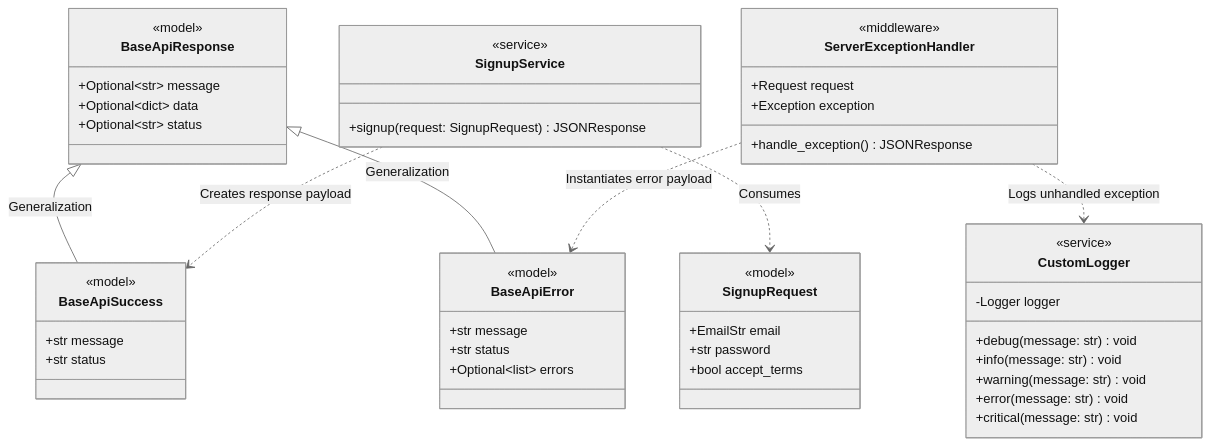
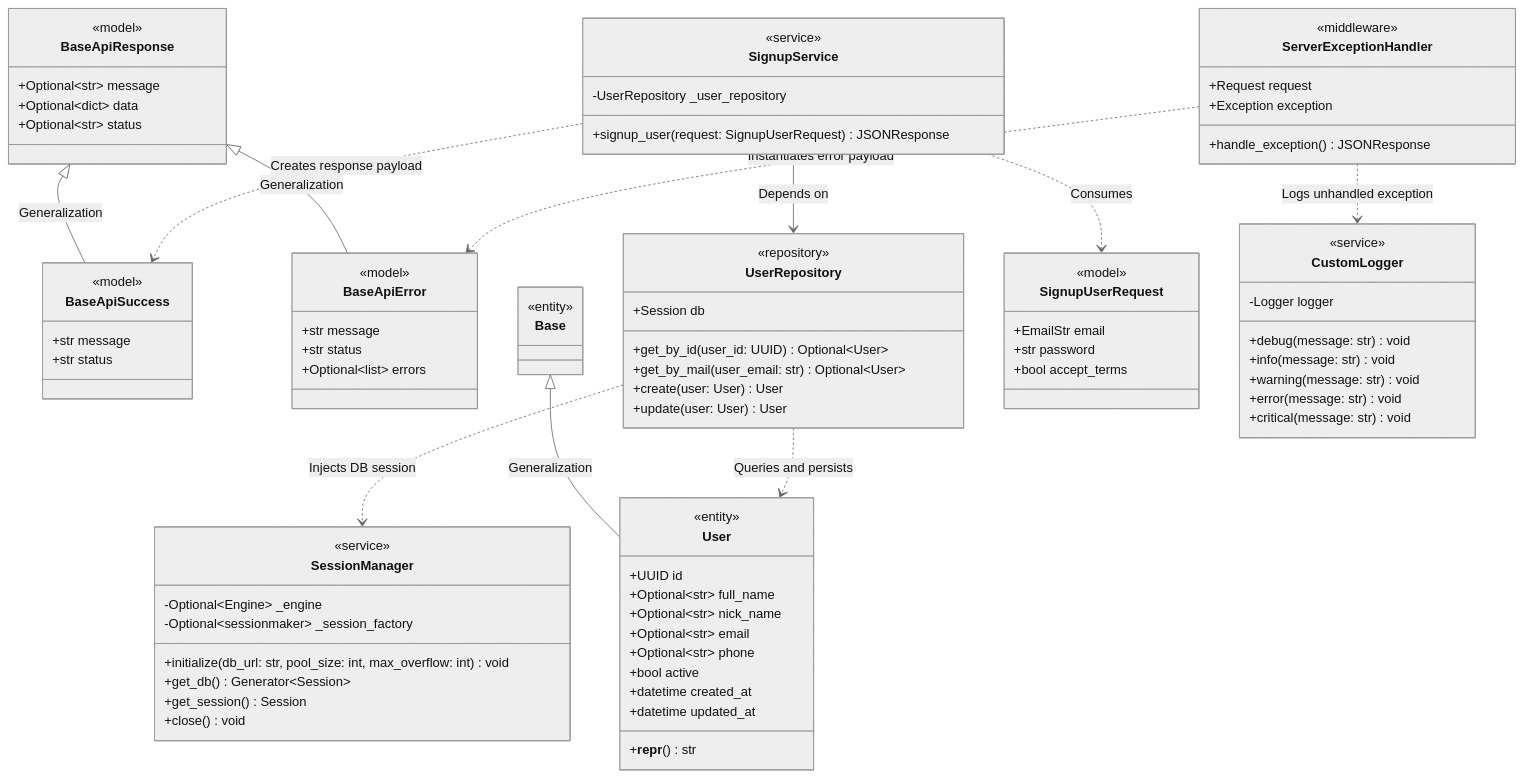
The diagram in Documentation/config/docs/backend/domain/auth.md (pedrovtof/Nievo-Sofia), drawn with Mermaid (neutral theme) before and after one commit. The commit also changed other lines of this file and 33 other files, not shown here.

First line of the commit message:
feat(auth): add database session manager, user entity, and repository

````diff
--- a/Documentation/config/docs/backend/domain/auth.md
+++ b/Documentation/config/docs/backend/domain/auth.md
@@ -33,7 +33,43 @@
         +Optional~list~ errors
     }
 
-    class SignupRequest {
+    class Base {
+        <<entity>>
+    }
+
+    class User {
+        <<entity>>
+        +UUID id
+        +Optional~str~ full_name
+        +Optional~str~ nick_name
+        +Optional~str~ email
+        +Optional~str~ phone
+        +bool active
+        +datetime created_at
+        +datetime updated_at
+        +__repr__() str
+    }
+
+    class SessionManager {
+        <<service>>
+        -Optional~Engine~ _engine
+        -Optional~sessionmaker~ _session_factory
+        +initialize(db_url: str, pool_size: int, max_overflow: int) void
+        +get_db() Generator~Session~
+        +get_session() Session
+        +close() void
+    }
+
+    class UserRepository {
+        <<repository>>
+        +Session db
+        +get_by_id(user_id: UUID) Optional~User~
+        +get_by_mail(user_email: str) Optional~User~
+        +create(user: User) User
+        +update(user: User) User
+    }
+
+    class SignupUserRequest {
         <<model>>
         +EmailStr email
         +str password
@@ -42,7 +78,8 @@
 
     class SignupService {
         <<service>>
-        +signup(request: SignupRequest) JSONResponse
+        -UserRepository _user_repository
+        +signup_user(request: SignupUserRequest) JSONResponse
     }
 
     class CustomLogger {
@@ -64,8 +101,12 @@
 
     BaseApiResponse <|-- BaseApiSuccess : Generalization
     BaseApiResponse <|-- BaseApiError : Generalization
-    SignupService ..> SignupRequest : Consumes
+    Base <|-- User : Generalization
+    SignupService --> UserRepository : Depends on
+    SignupService ..> SignupUserRequest : Consumes
     SignupService ..> BaseApiSuccess : Creates response payload
+    UserRepository ..> SessionManager : Injects DB session
+    UserRepository ..> User : Queries and persists
     ServerExceptionHandler ..> BaseApiError : Instantiates error payload
     ServerExceptionHandler ..> CustomLogger : Logs unhandled exception
 ```
````
